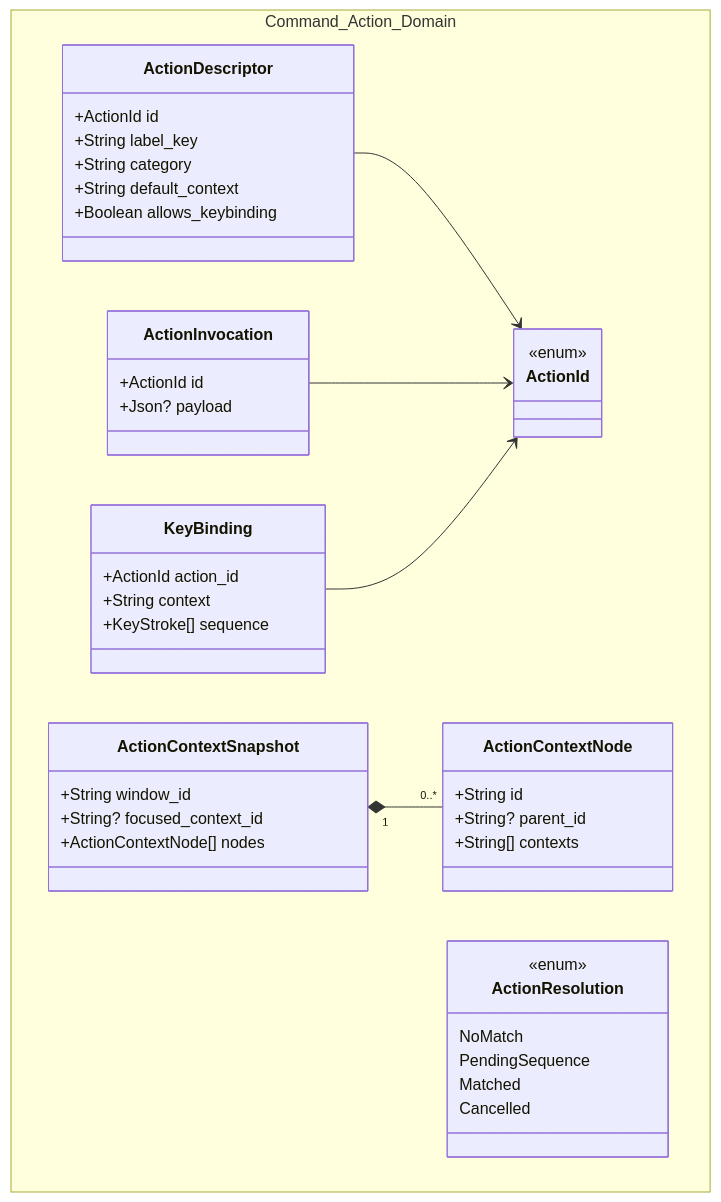
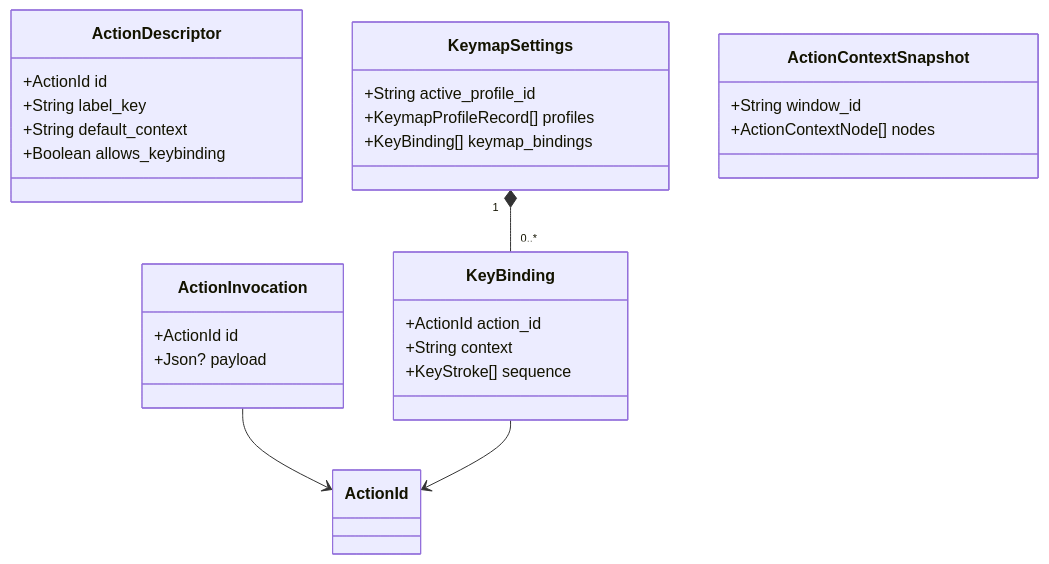
One commit to andmoreduro/ergo changed the fourth of 6 diagrams in context/class-diagrams.md. Above: the diagram before and after it, drawn with Mermaid. The commit also changed other lines of this file and 374 other files, not shown here.

````diff
--- a/context/class-diagrams.md
+++ b/context/class-diagrams.md
@@ -188,52 +141,30 @@
 ```mermaid
 classDiagram
-    namespace Command_Action_Domain {
-        class ActionId {
-            <<enum>>
-        }
-
-        class ActionDescriptor {
-            +ActionId id
-            +String label_key
-            +String category
-            +String default_context
-            +Boolean allows_keybinding
-        }
-
-        class ActionInvocation {
-            +ActionId id
-            +Json? payload
-        }
-
-        class ActionContextSnapshot {
-            +String window_id
-            +String? focused_context_id
-            +ActionContextNode[] nodes
-        }
-
-        class ActionContextNode {
-            +String id
-            +String? parent_id
-            +String[] contexts
-        }
-
-        class KeyBinding {
-            +ActionId action_id
-            +String context
-            +KeyStroke[] sequence
-        }
-
-        class ActionResolution {
-            <<enum>>
-            NoMatch
-            PendingSequence
-            Matched
-            Cancelled
-        }
+    class ActionDescriptor {
+        +ActionId id
+        +String label_key
+        +String default_context
+        +Boolean allows_keybinding
     }
-
-    ActionDescriptor --> ActionId
+    class KeymapSettings {
+        +String active_profile_id
+        +KeymapProfileRecord[] profiles
+        +KeyBinding[] keymap_bindings
+    }
+    class ActionInvocation {
+        +ActionId id
+        +Json? payload
+    }
+    class ActionContextSnapshot {
+        +String window_id
+        +ActionContextNode[] nodes
+    }
+    class KeyBinding {
+        +ActionId action_id
+        +String context
+        +KeyStroke[] sequence
+    }
+    KeymapSettings "1" *-- "0..*" KeyBinding
     ActionInvocation --> ActionId
-    ActionContextSnapshot "1" *-- "0..*" ActionContextNode
     KeyBinding --> ActionId
 ```
````
